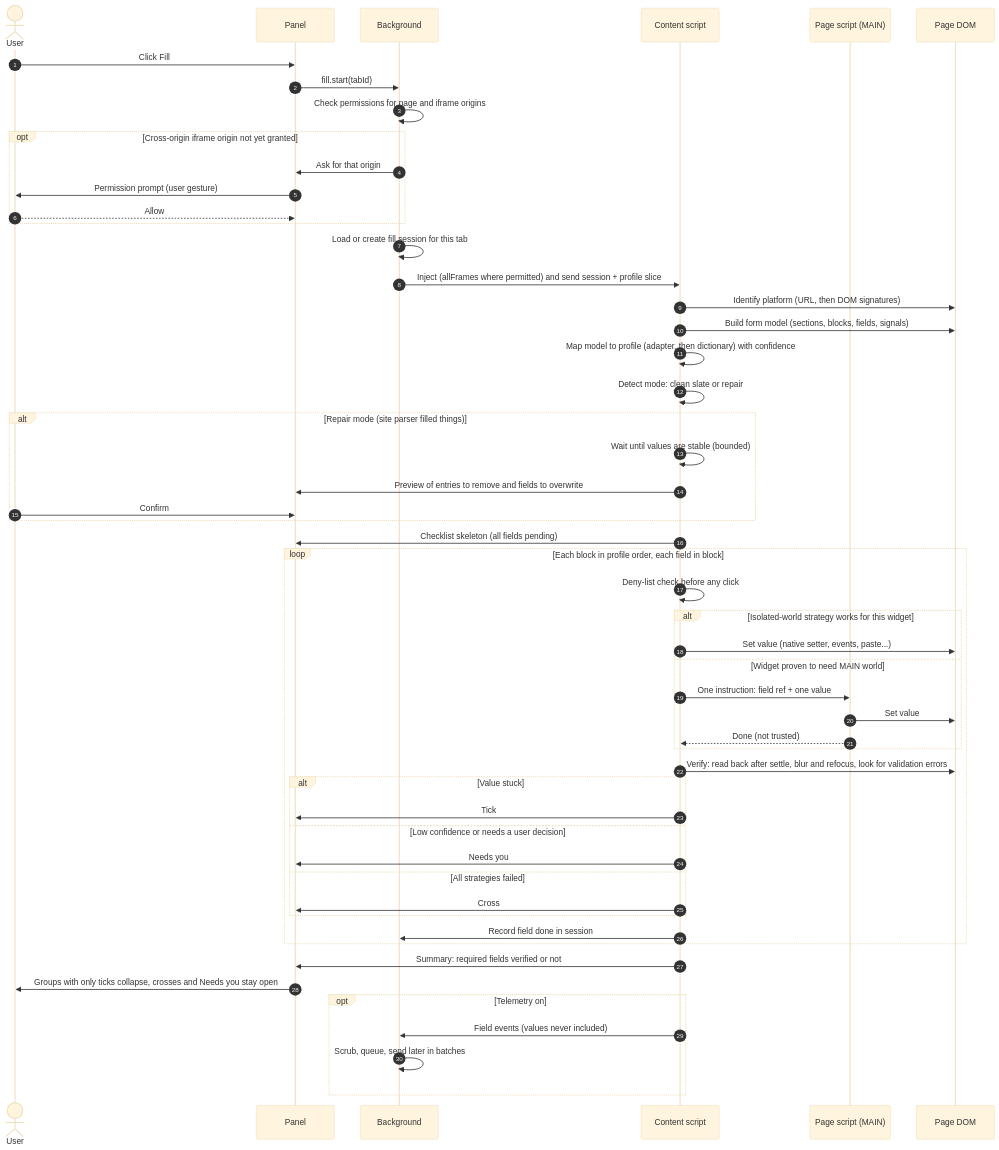
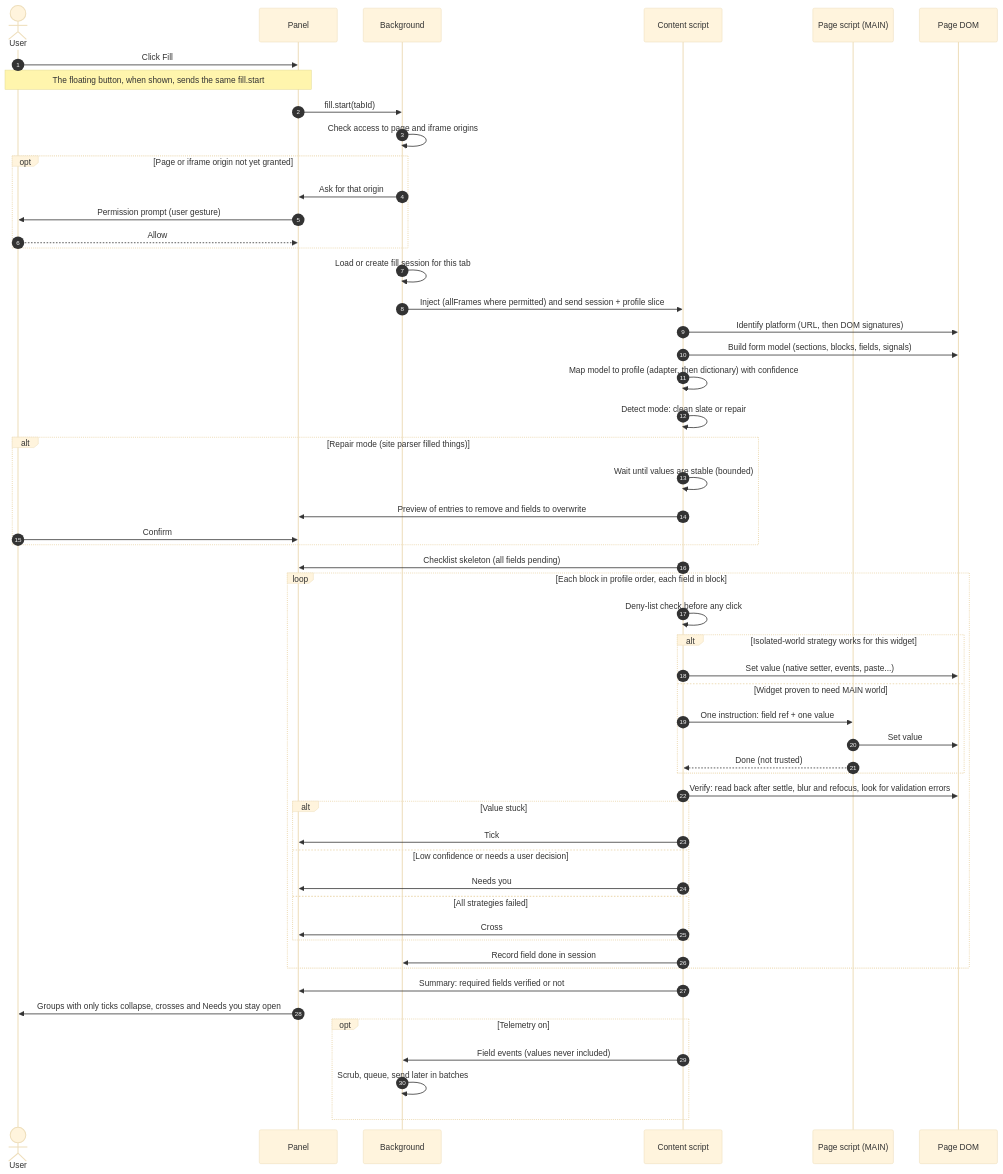
Before and after one commit to mustaphi-dev/cv-autofill: the second of 6 diagrams in docs/architecture.md, drawn with Mermaid (base theme). The commit also changed other lines of this file and 3 other files, not shown here.

````diff
--- a/docs/architecture.md
+++ b/docs/architecture.md
@@ -62,56 +65,57 @@
 ```mermaid
 sequenceDiagram
     autonumber
     actor U as User
     participant P as Panel
     participant B as Background
     participant C as Content script
     participant M as Page script (MAIN)
     participant D as Page DOM
 
     U->>P: Click Fill
+    Note over U,P: The floating button, when shown, sends the same fill.start
     P->>B: fill.start(tabId)
-    B->>B: Check permissions for page and iframe origins
-    opt Cross-origin iframe origin not yet granted
+    B->>B: Check access to page and iframe origins
+    opt Page or iframe origin not yet granted
         B->>P: Ask for that origin
         P->>U: Permission prompt (user gesture)
         U-->>P: Allow
     end
     B->>B: Load or create fill session for this tab
     B->>C: Inject (allFrames where permitted) and send session + profile slice
     C->>D: Identify platform (URL, then DOM signatures)
     C->>D: Build form model (sections, blocks, fields, signals)
     C->>C: Map model to profile (adapter, then dictionary) with confidence
     C->>C: Detect mode: clean slate or repair
     alt Repair mode (site parser filled things)
         C->>C: Wait until values are stable (bounded)
         C->>P: Preview of entries to remove and fields to overwrite
         U->>P: Confirm
     end
     C->>P: Checklist skeleton (all fields pending)
     loop Each block in profile order, each field in block
         C->>C: Deny-list check before any click
         alt Isolated-world strategy works for this widget
             C->>D: Set value (native setter, events, paste...)
         else Widget proven to need MAIN world
             C->>M: One instruction: field ref + one value
             M->>D: Set value
             M-->>C: Done (not trusted)
         end
         C->>D: Verify: read back after settle, blur and refocus, look for validation errors
         alt Value stuck
             C->>P: Tick
         else Low confidence or needs a user decision
             C->>P: Needs you
         else All strategies failed
             C->>P: Cross
         end
         C->>B: Record field done in session
     end
     C->>P: Summary: required fields verified or not
     P->>U: Groups with only ticks collapse, crosses and Needs you stay open
     opt Telemetry on
         C->>B: Field events (values never included)
         B->>B: Scrub, queue, send later in batches
     end
 ```
````
